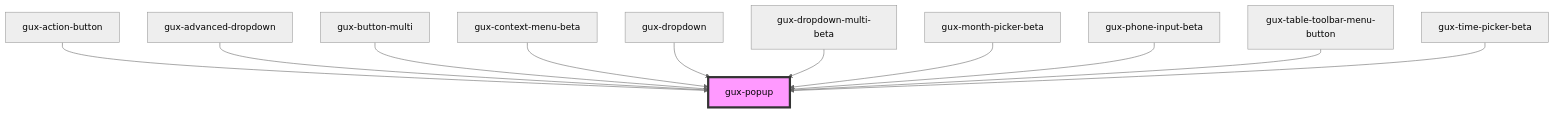
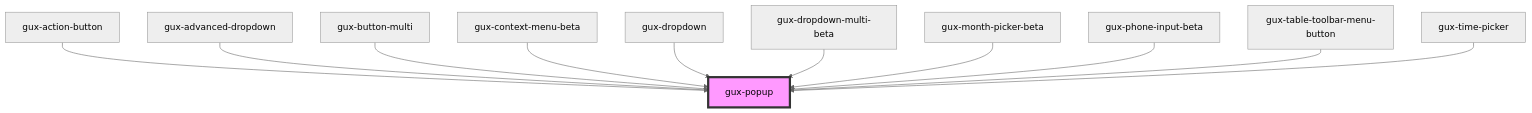
One commit to MyPureCloud/genesys-spark changed the diagram in packages/genesys-spark-components/src/components/stable/gux-popup/readme.md. Above: the diagram before and after it, drawn with Mermaid (neutral theme). The commit also changed other lines of this file and 23 other files, not shown here.

First line of the commit message:
refactor(time-picker): beta to stable

````diff
--- a/packages/genesys-spark-components/src/components/stable/gux-popup/readme.md
+++ b/packages/genesys-spark-components/src/components/stable/gux-popup/readme.md
@@ -55,14 +55,14 @@
 ```mermaid
 graph TD;
   gux-action-button --> gux-popup
   gux-advanced-dropdown --> gux-popup
   gux-button-multi --> gux-popup
   gux-context-menu-beta --> gux-popup
   gux-dropdown --> gux-popup
   gux-dropdown-multi-beta --> gux-popup
   gux-month-picker-beta --> gux-popup
   gux-phone-input-beta --> gux-popup
   gux-table-toolbar-menu-button --> gux-popup
-  gux-time-picker-beta --> gux-popup
+  gux-time-picker --> gux-popup
   style gux-popup fill:#f9f,stroke:#333,stroke-width:4px
 ```
````
